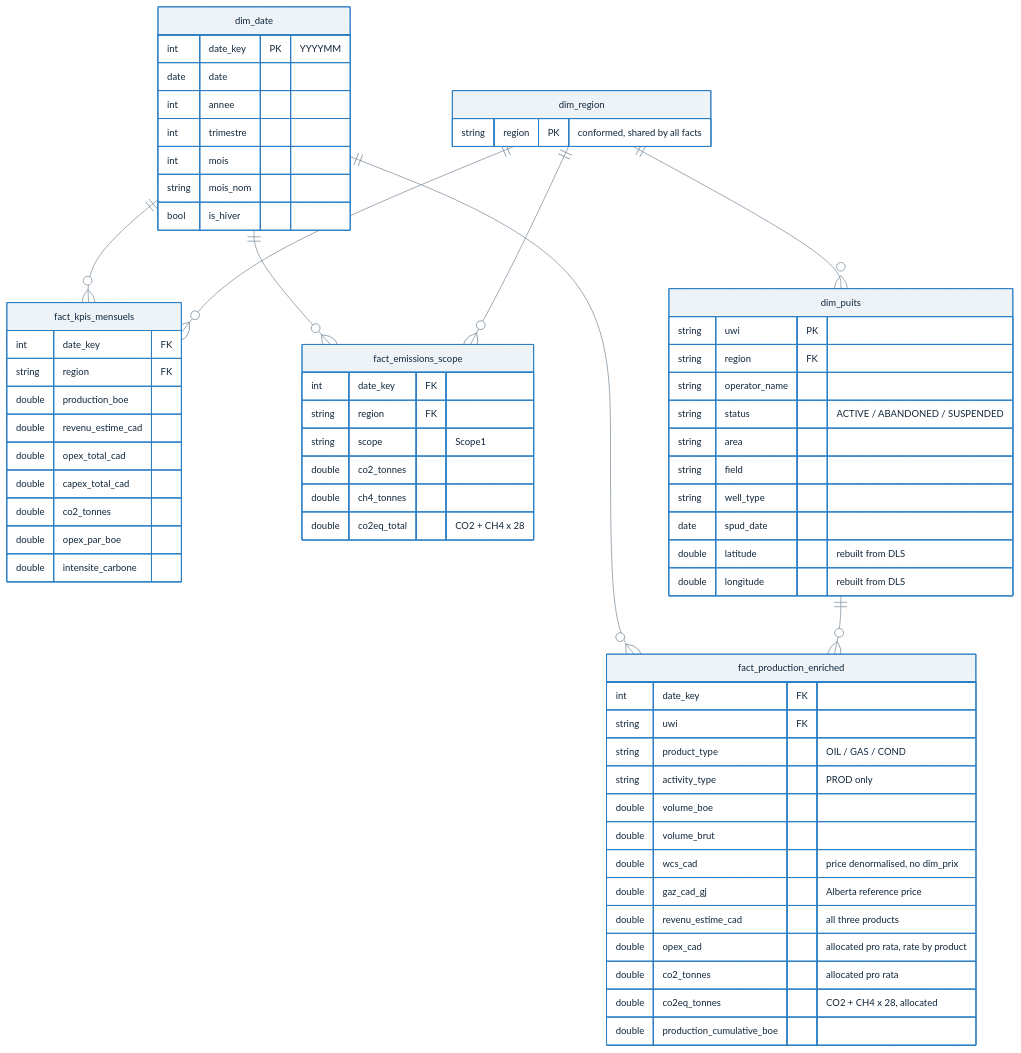
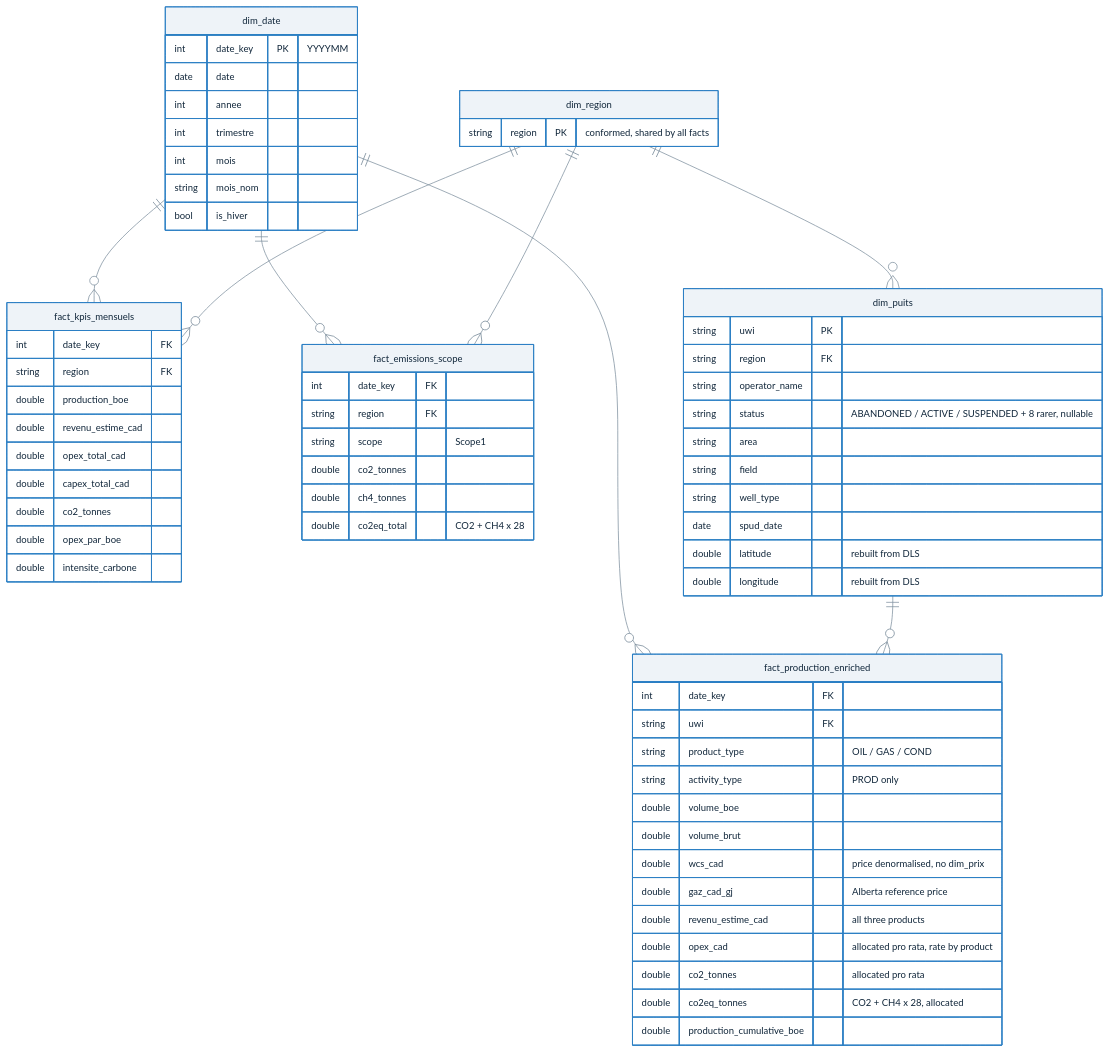
One commit to Nelson-Lefebvre/alberta-energy-bi changed the diagram in README.md. Above: the diagram before and after it, drawn with Mermaid. The commit also changed other lines of this file, not shown here.

````diff
--- a/README.md
+++ b/README.md
@@ -133,72 +136,72 @@
 ```mermaid
 %%{init: {'theme':'base','themeVariables':{
   'primaryColor':'#EEF3F8','primaryBorderColor':'#2C7FC4','primaryTextColor':'#10263A',
   'lineColor':'#7B8D9C','fontFamily':'Segoe UI, system-ui, sans-serif','fontSize':'13px'}}}%%
 erDiagram
     dim_date     ||--o{ fact_production_enriched : ""
     dim_date     ||--o{ fact_kpis_mensuels       : ""
     dim_date     ||--o{ fact_emissions_scope     : ""
     dim_puits    ||--o{ fact_production_enriched : ""
     dim_region   ||--o{ dim_puits                : ""
     dim_region   ||--o{ fact_kpis_mensuels       : ""
     dim_region   ||--o{ fact_emissions_scope     : ""
 
     dim_date {
         int    date_key PK "YYYYMM"
         date   date
         int    annee
         int    trimestre
         int    mois
         string mois_nom
         bool   is_hiver
     }
     dim_region {
         string region PK "conformed, shared by all facts"
     }
     dim_puits {
         string uwi PK
         string region FK
         string operator_name
-        string status "ACTIVE / ABANDONED / SUSPENDED"
+        string status "ABANDONED / ACTIVE / SUSPENDED + 8 rarer, nullable"
         string area
         string field
         string well_type
         date   spud_date
         double latitude "rebuilt from DLS"
         double longitude "rebuilt from DLS"
     }
     fact_production_enriched {
         int    date_key FK
         string uwi FK
         string product_type "OIL / GAS / COND"
         string activity_type "PROD only"
         double volume_boe
         double volume_brut
         double wcs_cad "price denormalised, no dim_prix"
         double gaz_cad_gj "Alberta reference price"
         double revenu_estime_cad "all three products"
         double opex_cad "allocated pro rata, rate by product"
         double co2_tonnes "allocated pro rata"
         double co2eq_tonnes "CO2 + CH4 x 28, allocated"
         double production_cumulative_boe
     }
     fact_kpis_mensuels {
         int    date_key FK
         string region FK
         double production_boe
         double revenu_estime_cad
         double opex_total_cad
         double capex_total_cad
         double co2_tonnes
         double opex_par_boe
         double intensite_carbone
     }
     fact_emissions_scope {
         int    date_key FK
         string region FK
         string scope "Scope1"
         double co2_tonnes
         double ch4_tonnes
         double co2eq_total "CO2 + CH4 x 28"
     }
 ```
````
